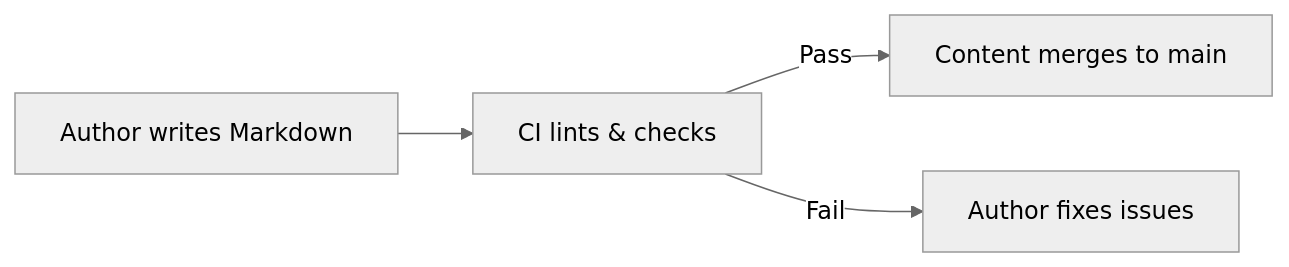
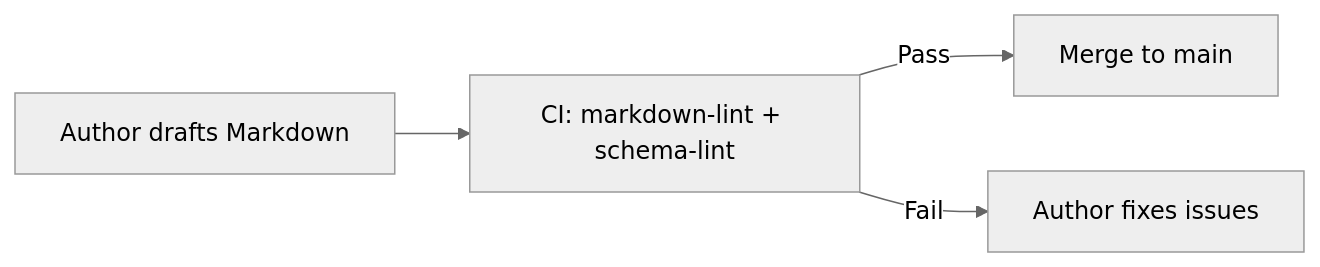
The first of 2 diagrams in docs/standards/kfm_markdown_protocol_v11.2.4.md (bartytime4life/Kansas-Frontier-Matrix), drawn with Mermaid (neutral theme) before and after one commit. The commit also changed other lines of this file, not shown here.

````diff
--- a/docs/standards/kfm_markdown_protocol_v11.2.4.md
+++ b/docs/standards/kfm_markdown_protocol_v11.2.4.md
@@ -351,6 +381,6 @@
-   ~~~mermaid
-   flowchart LR
-       A[Author writes Markdown] --> B[CI lints & checks]
-       B --> |Pass| C[Content merges to main]
-       B --> |Fail| D[Author fixes issues]
-   ~~~
+```mermaid
+flowchart LR
+    A[Author drafts Markdown] --> B[CI: markdown-lint + schema-lint]
+    B -->|Pass| C[Merge to main]
+    B -->|Fail| D[Author fixes issues]
+```
````
